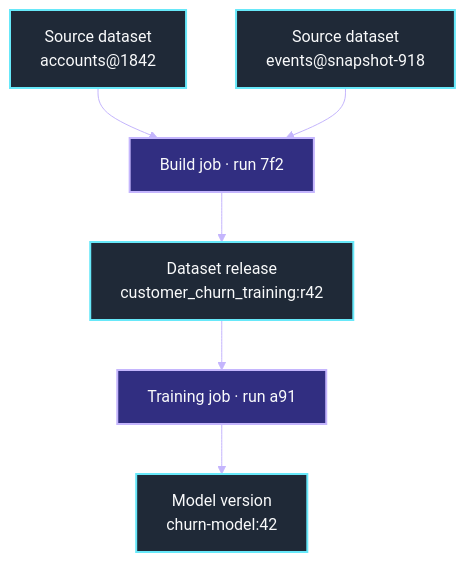
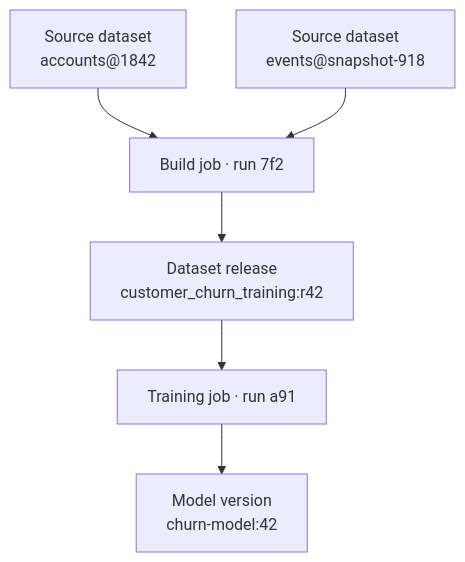
Before and after one commit to senlinyy/dev-roadmaps: the second of 3 diagrams in roadmaps/mlops/modules/data-for-ml-systems/data-pipelines/02-dataset-versioning-and-lineage.md, drawn with Mermaid. The commit also changed other lines of this file and 152 other files, not shown here.

Commit message:
feat: mlops and diagrams updated

````diff
--- a/roadmaps/mlops/modules/data-for-ml-systems/data-pipelines/02-dataset-versioning-and-lineage.md
+++ b/roadmaps/mlops/modules/data-for-ml-systems/data-pipelines/02-dataset-versioning-and-lineage.md
@@ -196,10 +195,9 @@
 ```mermaid
-%%{init: {"theme": "base", "themeVariables": {"background": "#111827", "primaryColor": "#1f2937", "primaryTextColor": "#f9fafb", "primaryBorderColor": "#67e8f9", "lineColor": "#c4b5fd", "secondaryColor": "#312e81", "tertiaryColor": "#3f1d2e", "fontFamily": "Inter, sans-serif"}}}%%
+
 flowchart TB
     SourceA["Source dataset<br/>accounts@1842"] & SourceB["Source dataset<br/>events@snapshot-918"] --> Build["Build job · run 7f2"]
     Build --> Release["Dataset release<br/>customer_churn_training:r42"] --> Train["Training job · run a91"] --> Model["Model version<br/>churn-model:42"]
-    classDef data fill:#1f2937,stroke:#67e8f9,color:#f9fafb,stroke-width:2px
-    classDef run fill:#312e81,stroke:#c4b5fd,color:#f9fafb,stroke-width:2px
+
     class SourceA,SourceB,Release,Model data
     class Build,Train run
 ```
````
